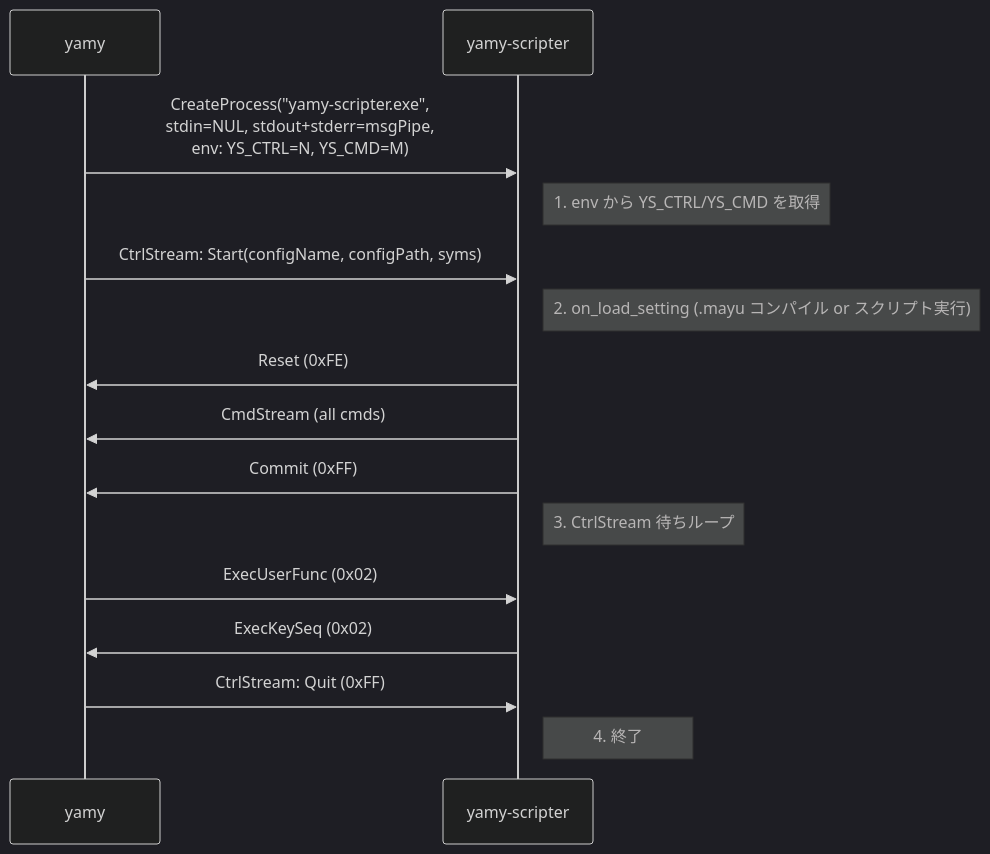
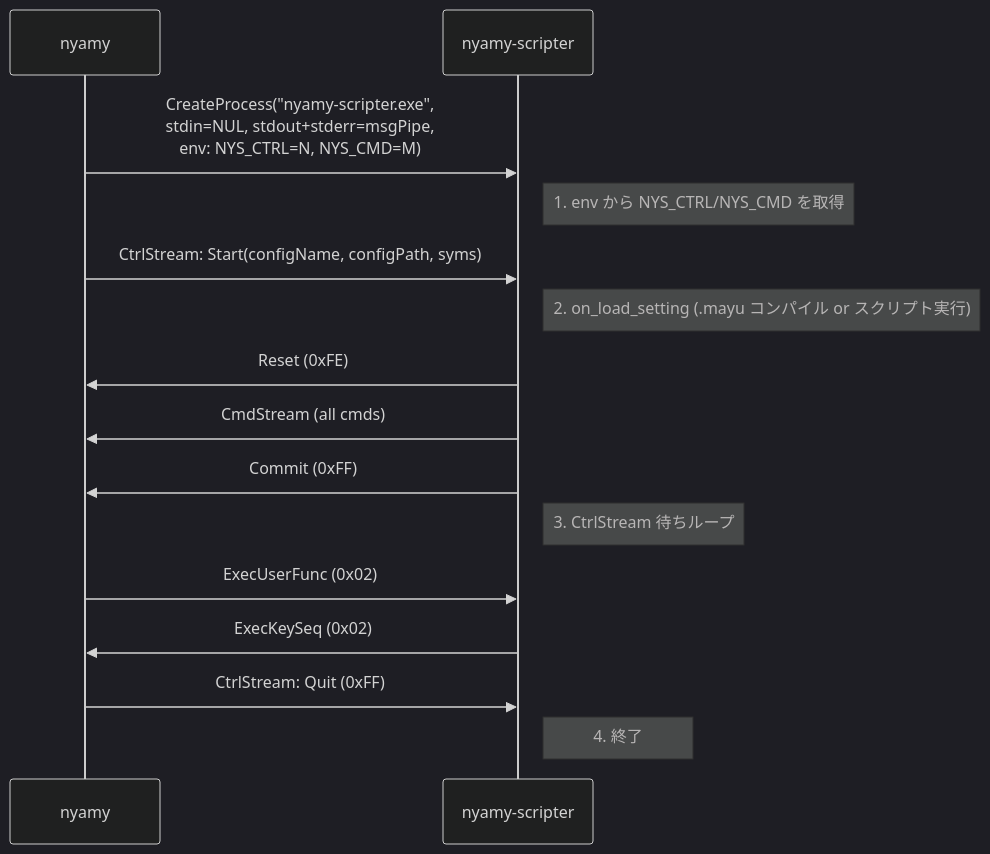
The first of 2 diagrams in doc/scripter-design/protocol.md (vmi/nyamy), drawn with Mermaid (dark theme) before and after one commit. The commit also changed other lines of this file and 80 other files, not shown here.

````diff
--- a/doc/scripter-design/protocol.md
+++ b/doc/scripter-design/protocol.md
@@ -208,18 +208,18 @@
 ```mermaid
 sequenceDiagram
-    participant yamy
-    participant scripter as yamy-scripter
+    participant nyamy
+    participant scripter as nyamy-scripter
 
-    yamy->>scripter: CreateProcess("yamy-scripter.exe",<br/>stdin=NUL, stdout+stderr=msgPipe,<br/>env: YS_CTRL=N, YS_CMD=M)
-    Note right of scripter: 1. env から YS_CTRL/YS_CMD を取得
-    yamy->>scripter: CtrlStream: Start(configName, configPath, syms)
+    nyamy->>scripter: CreateProcess("nyamy-scripter.exe",<br/>stdin=NUL, stdout+stderr=msgPipe,<br/>env: NYS_CTRL=N, NYS_CMD=M)
+    Note right of scripter: 1. env から NYS_CTRL/NYS_CMD を取得
+    nyamy->>scripter: CtrlStream: Start(configName, configPath, syms)
     Note right of scripter: 2. on_load_setting (.mayu コンパイル or スクリプト実行)
-    scripter->>yamy: Reset (0xFE)
-    scripter->>yamy: CmdStream (all cmds)
-    scripter->>yamy: Commit (0xFF)
+    scripter->>nyamy: Reset (0xFE)
+    scripter->>nyamy: CmdStream (all cmds)
+    scripter->>nyamy: Commit (0xFF)
     Note right of scripter: 3. CtrlStream 待ちループ
-    yamy->>scripter: ExecUserFunc (0x02)
-    scripter->>yamy: ExecKeySeq (0x02)
-    yamy->>scripter: CtrlStream: Quit (0xFF)
+    nyamy->>scripter: ExecUserFunc (0x02)
+    scripter->>nyamy: ExecKeySeq (0x02)
+    nyamy->>scripter: CtrlStream: Quit (0xFF)
     Note right of scripter: 4. 終了
 ```
````
